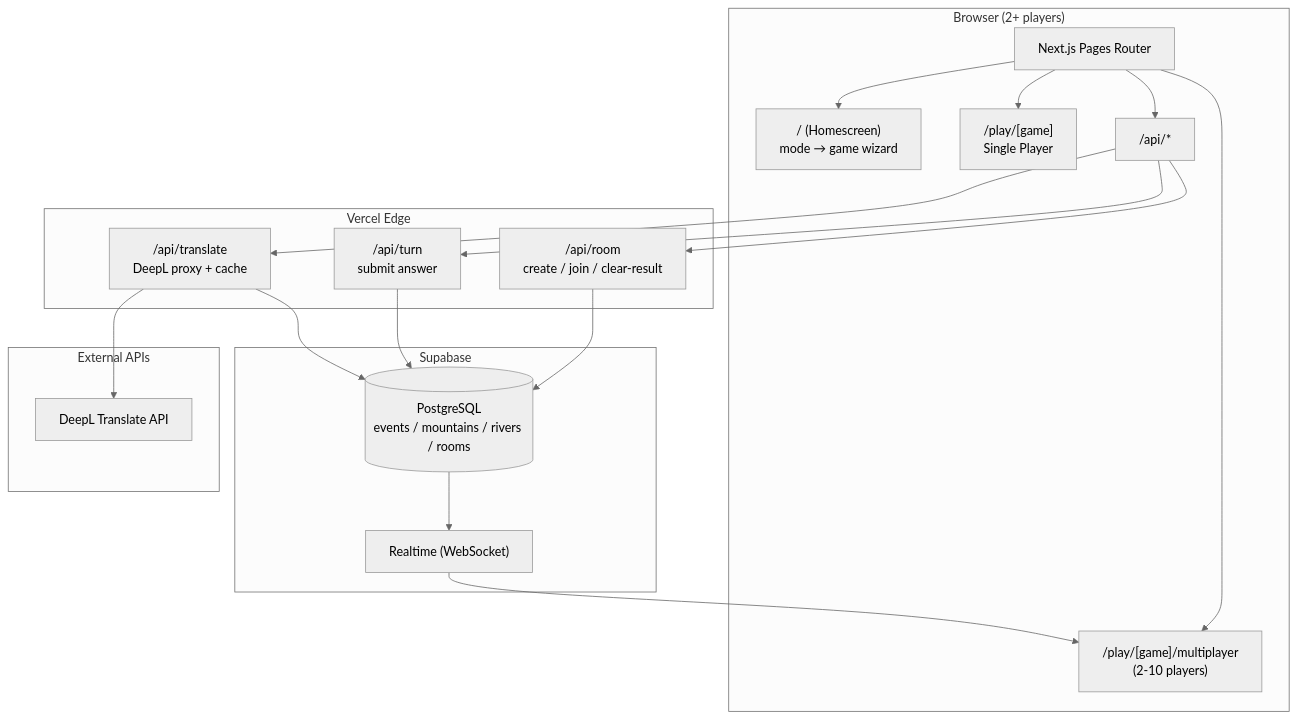
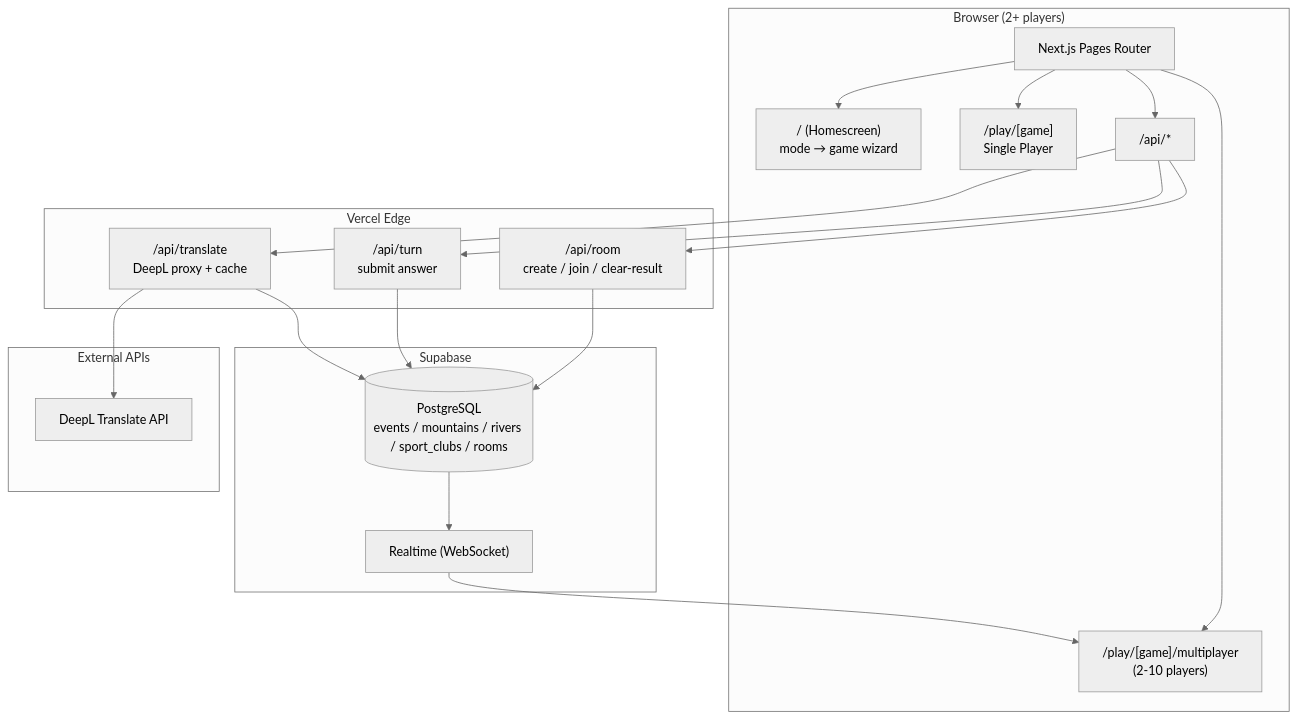
Before and after one commit to prokopHouda/history_game: the first of 7 diagrams in docs/architecture.md, drawn with Mermaid (neutral theme). The commit also changed other lines of this file and 18 other files, not shown here.

First line of the commit message:
feat: add Sport Clubs game (which club is older?)

````diff
--- a/docs/architecture.md
+++ b/docs/architecture.md
@@ -5,32 +5,32 @@
 ```mermaid
 flowchart TB
     subgraph Client["Browser (2+ players)"]
         A["Next.js Pages Router"]
         A --> HOME["/ (Homescreen)<br/>mode → game wizard"]
         A --> SP["/play/[game]<br/>Single Player"]
         A --> MP["/play/[game]/multiplayer<br/>(2-10 players)"]
         A --> API["/api/*"]
     end
 
     subgraph Vercel["Vercel Edge"]
         API --> R["/api/room<br/>create / join / clear-result"]
         API --> T["/api/turn<br/>submit answer"]
         API --> X["/api/translate<br/>DeepL proxy + cache"]
     end
 
     subgraph Supabase["Supabase"]
-        DB[("PostgreSQL<br/>events / mountains / rivers / rooms")]
+        DB[("PostgreSQL<br/>events / mountains / rivers / sport_clubs / rooms")]
         RL["Realtime (WebSocket)"]
         DB --> RL
     end
 
     subgraph External["External APIs"]
         D["DeepL Translate API"]
     end
 
     R --> DB
     T --> DB
     X --> DB
     X --> D
     RL --> MP
 ```
````
